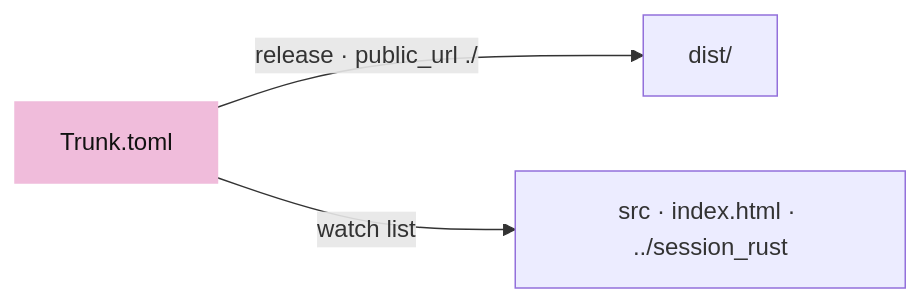
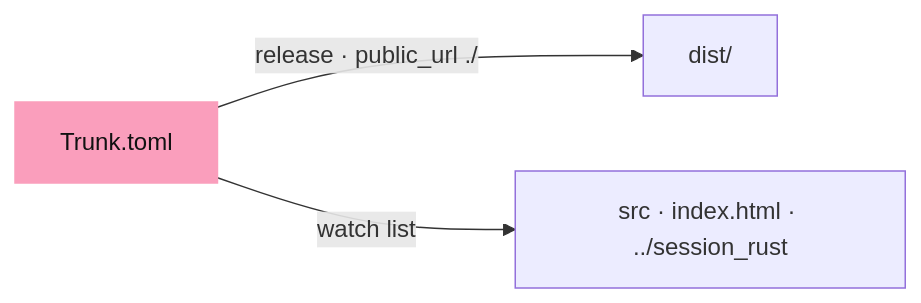
The third of 6 diagrams in session_viewer/docs/00-environment.md (petrasvestartas/session), drawn with Mermaid before and after one commit. The commit also changed other lines of this file and 328 other files, not shown here.

First line of the commit message:
Course: the palette you sent, and mermaid drawn like the drawings

````diff
--- a/session_viewer/docs/00-environment.md
+++ b/session_viewer/docs/00-environment.md
@@ -67,6 +67,6 @@
 ```mermaid
 flowchart LR
     T["Trunk.toml"] -- "release · public_url ./" --> D["dist/"]
     T -- "watch list" --> S["src · index.html · ../session_rust"]
-    style T fill:#f0bcdb,stroke:#f0bcdb,color:#111
+    style T fill:#fa9ebc,stroke:#fa9ebc,color:#111
 ```
````
